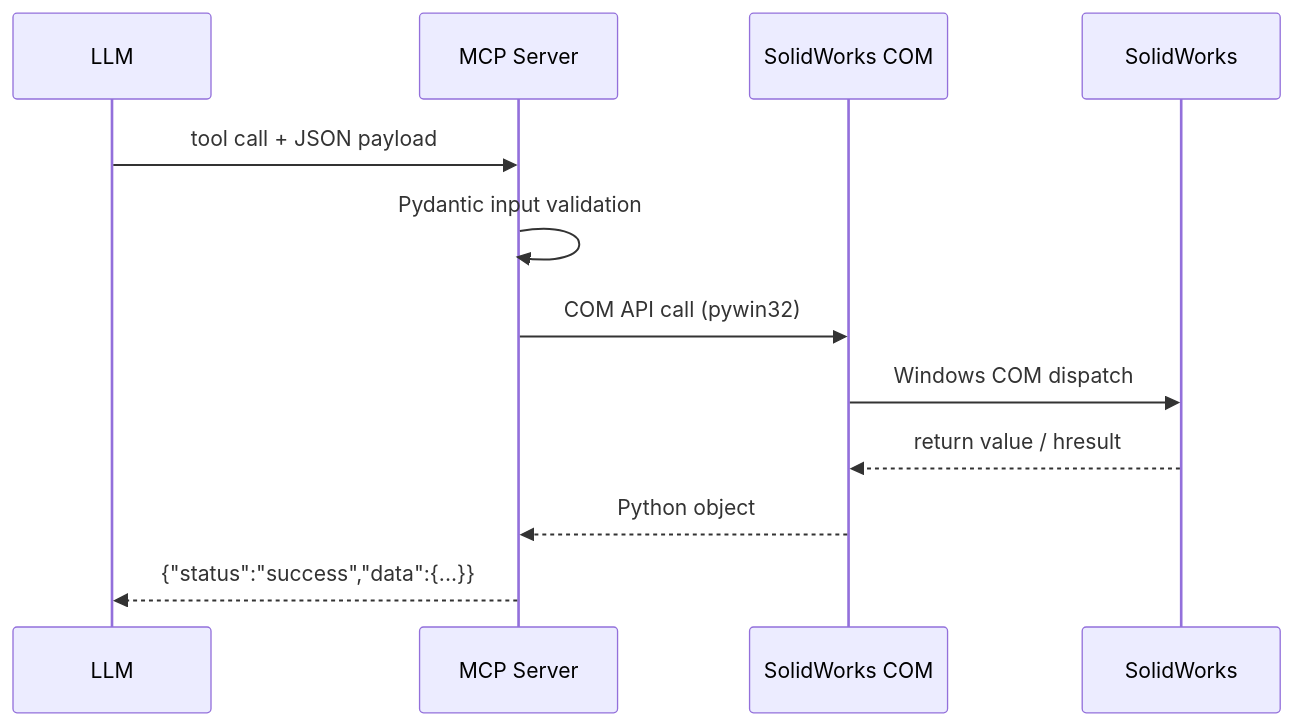
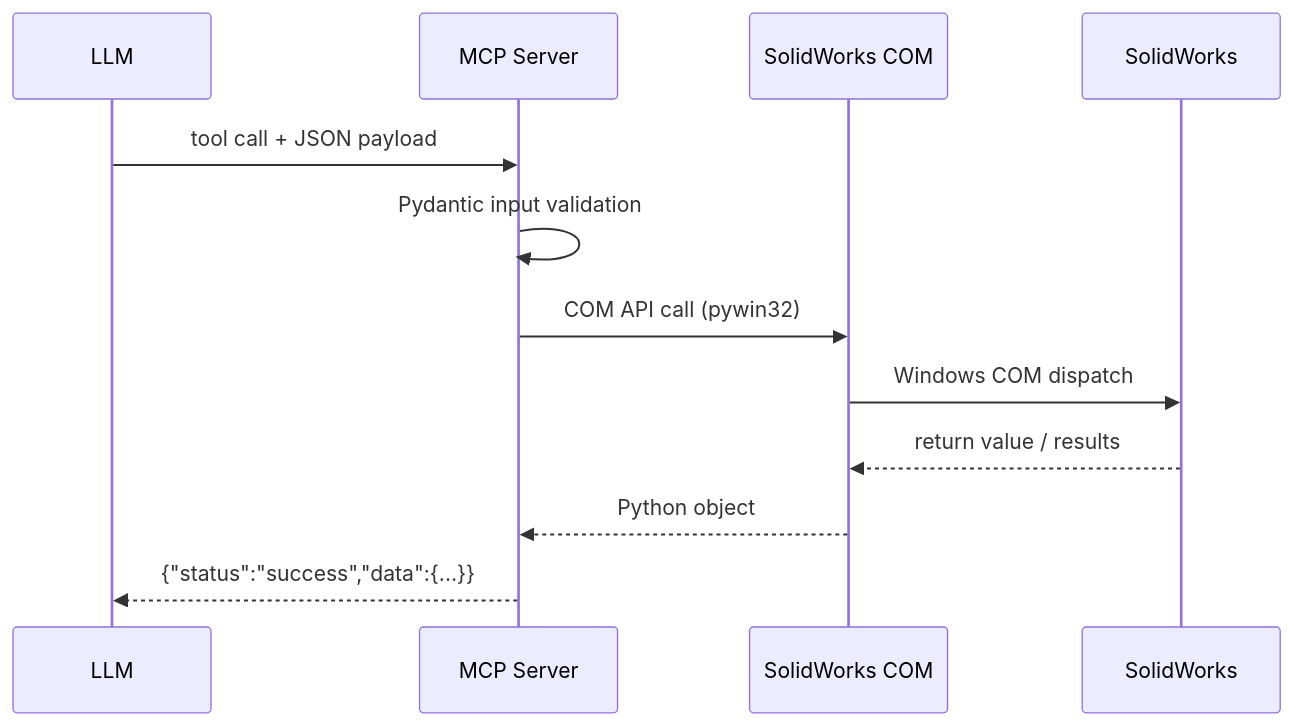
One commit to andrewbartels1/SolidworksMCP-python changed the diagram in docs/user-guide/tool-catalog/index.md. Above: the diagram before and after it, drawn with Mermaid. The commit also changed 2 other files, not shown here.

Commit message:
small spelling fixes/updates; updated .gitignore

````diff
--- a/docs/user-guide/tool-catalog/index.md
+++ b/docs/user-guide/tool-catalog/index.md
@@ -42,15 +42,15 @@
 ```mermaid
 sequenceDiagram
     participant LLM
     participant MCP as MCP Server
     participant COM as SolidWorks COM
     participant SW as SolidWorks
 
     LLM->>MCP: tool call + JSON payload
     MCP->>MCP: Pydantic input validation
     MCP->>COM: COM API call (pywin32)
     COM->>SW: Windows COM dispatch
-    SW-->>COM: return value / hresult
+    SW-->>COM: return value / results
     COM-->>MCP: Python object
     MCP-->>LLM: {"status":"success","data":{...}}
 ```
````
